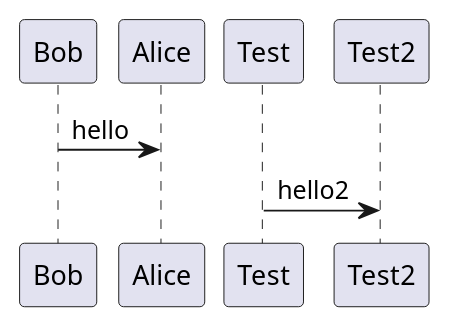
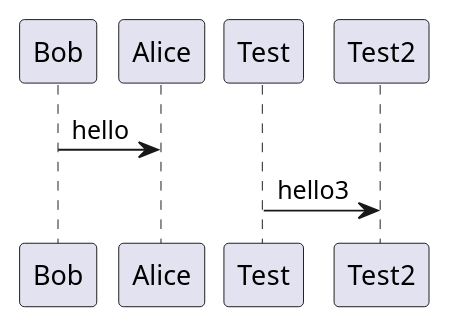
Before and after one commit to falarcond/plantuml: the diagram in diagrams/first.puml, drawn with PlantUML.

```diff
--- a/diagrams/first.puml
+++ b/diagrams/first.puml
@@ -1,4 +1,4 @@
 @startuml
 Bob -> Alice : hello
-Test -> Test2 : hello2
+Test -> Test2 : hello3
 @enduml
```
